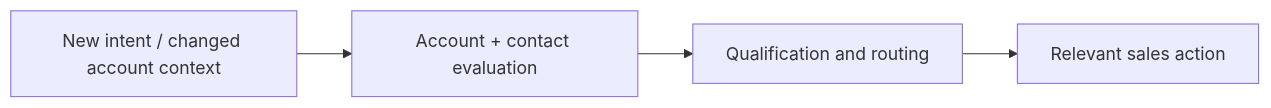
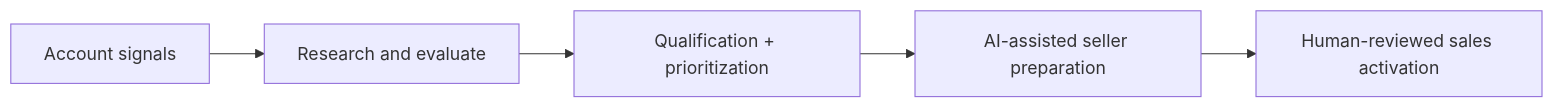
Before and after one commit to jtwood7/ai-growth-automation-portfolio: the diagram in acquisition/README.md, drawn with Mermaid. The commit also changed other lines of this file, not shown here.

````diff
--- a/acquisition/README.md
+++ b/acquisition/README.md
@@ -21,6 +13,7 @@
 ```mermaid
 flowchart LR
- A["New intent / changed account context"] --> B["Account + contact evaluation"]
- B --> C["Qualification and routing"]
- C --> D["Relevant sales action"]
+    A["Account signals"] --> B["Research and evaluate"]
+    B --> C["Qualification + prioritization"]
+    C --> D["AI-assisted seller preparation"]
+    D --> E["Human-reviewed sales activation"]
 ```
````
